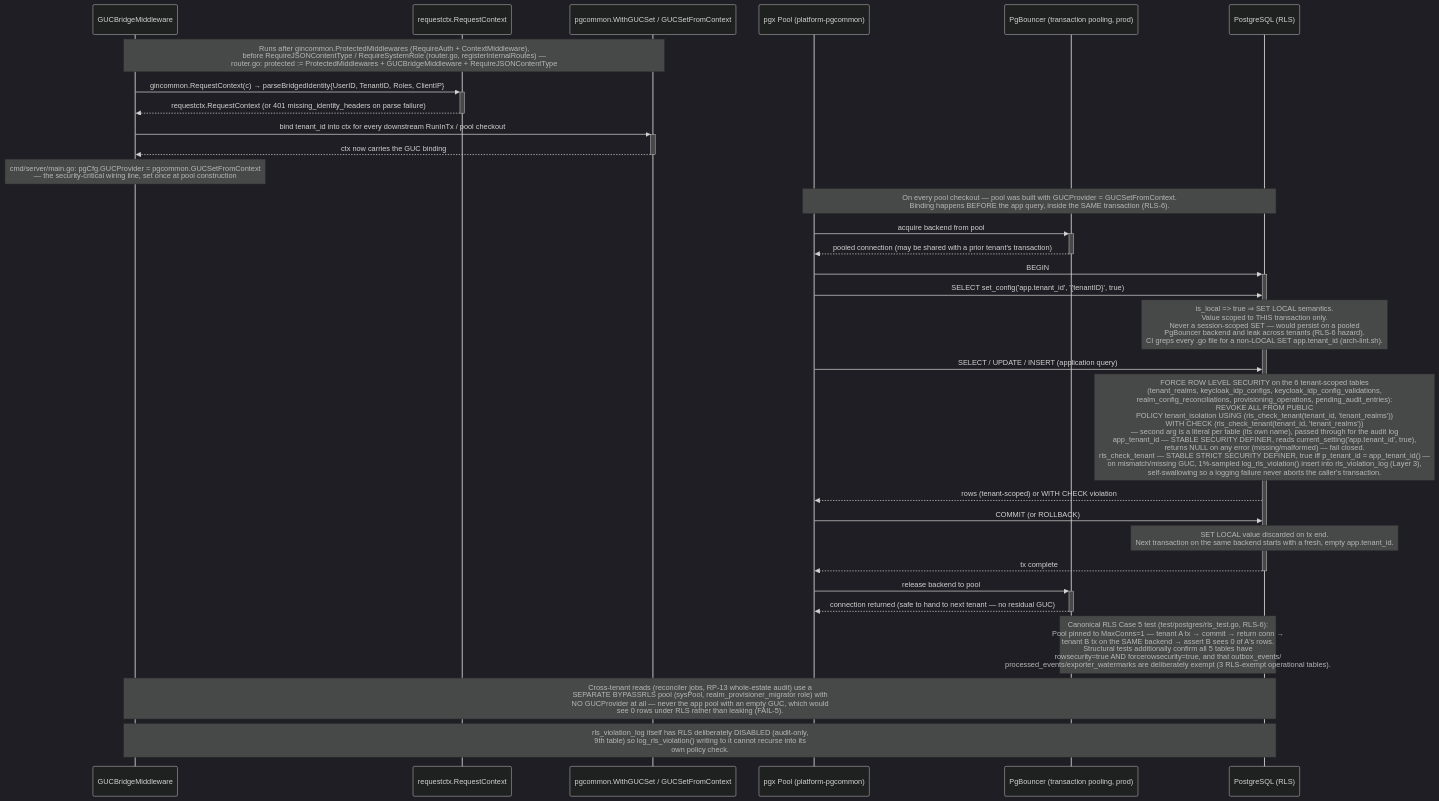
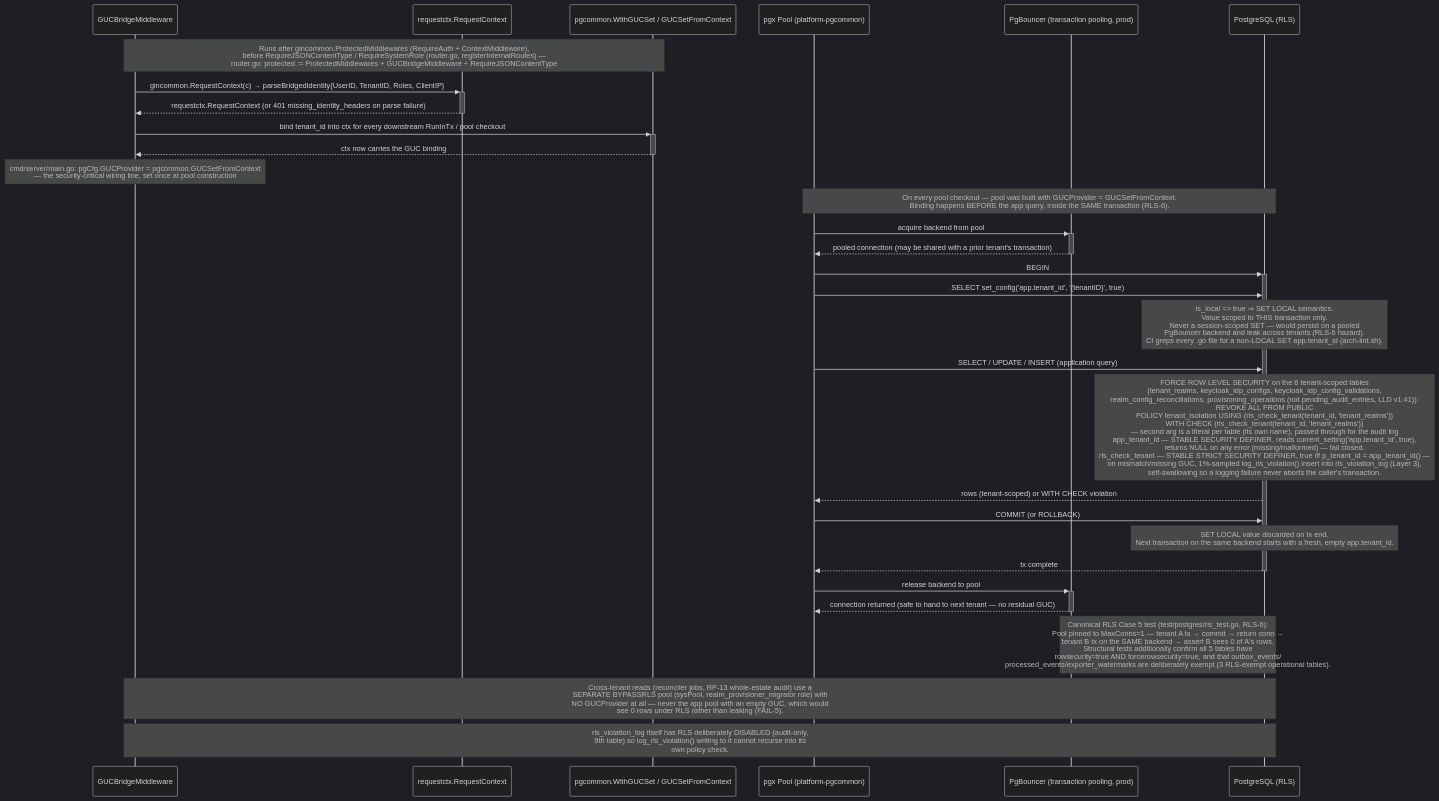
One commit to BCBP-SOLUTIONS-FZC-LLC/iam-realm-provisioner changed the ninth of 10 diagrams in ARCHITECTURE.md. Above: the diagram before and after it, drawn with Mermaid (dark theme). The commit also changed other lines of this file and 53 other files, not shown here.

````diff
--- a/ARCHITECTURE.md
+++ b/ARCHITECTURE.md
@@ -730,45 +730,45 @@
 ```mermaid
 sequenceDiagram
     participant MW as GUCBridgeMiddleware
     participant RC as requestctx.RequestContext
     participant GUC as pgcommon.WithGUCSet / GUCSetFromContext
     participant Pool as pgx Pool (platform-pgcommon)
     participant PGB as PgBouncer (transaction pooling, prod)
     participant DB as PostgreSQL (RLS)
 
     Note over MW,GUC: Runs after gincommon.ProtectedMiddlewares (RequireAuth + ContextMiddleware),<br/>before RequireJSONContentType / RequireSystemRole (router.go, registerInternalRoutes) —<br/>router.go: protected := ProtectedMiddlewares + GUCBridgeMiddleware + RequireJSONContentType
 
     MW ->>+ RC: gincommon.RequestContext(c) → parseBridgedIdentity{UserID, TenantID, Roles, ClientIP}
     RC -->>- MW: requestctx.RequestContext (or 401 missing_identity_headers on parse failure)
 
     MW ->>+ GUC: bind tenant_id into ctx for every downstream RunInTx / pool checkout
     GUC -->>- MW: ctx now carries the GUC binding
     Note over MW: cmd/server/main.go: pgCfg.GUCProvider = pgcommon.GUCSetFromContext<br/>— the security-critical wiring line, set once at pool construction
 
     Note over Pool,DB: On every pool checkout — pool was built with GUCProvider = GUCSetFromContext.<br/>Binding happens BEFORE the app query, inside the SAME transaction (RLS-6).
 
     Pool ->>+ PGB: acquire backend from pool
     PGB -->>- Pool: pooled connection (may be shared with a prior tenant's transaction)
 
     Pool ->>+ DB: BEGIN
     Pool ->> DB: SELECT set_config('app.tenant_id', '{tenantID}', true)
     Note over DB: is_local => true ⇒ SET LOCAL semantics.<br/>Value scoped to THIS transaction only.<br/>Never a session-scoped SET — would persist on a pooled<br/>PgBouncer backend and leak across tenants (RLS-6 hazard).<br/>CI greps every .go file for a non-LOCAL SET app.tenant_id (arch-lint.sh).
 
     Pool ->> DB: SELECT / UPDATE / INSERT (application query)
-    Note over DB: FORCE ROW LEVEL SECURITY on the 6 tenant-scoped tables<br/>(tenant_realms, keycloak_idp_configs, keycloak_idp_config_validations,<br/>realm_config_reconciliations, provisioning_operations, pending_audit_entries):<br/>  REVOKE ALL FROM PUBLIC<br/>  POLICY tenant_isolation USING (rls_check_tenant(tenant_id, 'tenant_realms'))<br/>                          WITH CHECK (rls_check_tenant(tenant_id, 'tenant_realms'))<br/>  — second arg is a literal per table (its own name), passed through for the audit log<br/>app_tenant_id — STABLE SECURITY DEFINER, reads current_setting('app.tenant_id', true),<br/>returns NULL on any error (missing/malformed) — fail closed.<br/>rls_check_tenant — STABLE STRICT SECURITY DEFINER, true iff p_tenant_id = app_tenant_id() —<br/>on mismatch/missing GUC, 1%-sampled log_rls_violation() insert into rls_violation_log (Layer 3),<br/>self-swallowing so a logging failure never aborts the caller's transaction.
+    Note over DB: FORCE ROW LEVEL SECURITY on the 6 tenant-scoped tables<br/>(tenant_realms, keycloak_idp_configs, keycloak_idp_config_validations,<br/>realm_config_reconciliations, provisioning_operations (not pending_audit_entries, LLD v1.41)):<br/>  REVOKE ALL FROM PUBLIC<br/>  POLICY tenant_isolation USING (rls_check_tenant(tenant_id, 'tenant_realms'))<br/>                          WITH CHECK (rls_check_tenant(tenant_id, 'tenant_realms'))<br/>  — second arg is a literal per table (its own name), passed through for the audit log<br/>app_tenant_id — STABLE SECURITY DEFINER, reads current_setting('app.tenant_id', true),<br/>returns NULL on any error (missing/malformed) — fail closed.<br/>rls_check_tenant — STABLE STRICT SECURITY DEFINER, true iff p_tenant_id = app_tenant_id() —<br/>on mismatch/missing GUC, 1%-sampled log_rls_violation() insert into rls_violation_log (Layer 3),<br/>self-swallowing so a logging failure never aborts the caller's transaction.
 
     DB -->> Pool: rows (tenant-scoped) or WITH CHECK violation
 
     Pool ->> DB: COMMIT (or ROLLBACK)
     Note over DB: SET LOCAL value discarded on tx end.<br/>Next transaction on the same backend starts with a fresh, empty app.tenant_id.
     DB -->>- Pool: tx complete
 
     Pool ->>+ PGB: release backend to pool
     PGB -->>- Pool: connection returned (safe to hand to next tenant — no residual GUC)
 
     Note over DB,PGB: Canonical RLS Case 5 test (test/postgres/rls_test.go, RLS-6):<br/>Pool pinned to MaxConns=1 — tenant A tx → commit → return conn →<br/>tenant B tx on the SAME backend → assert B sees 0 of A's rows.<br/>Structural tests additionally confirm all 5 tables have<br/>rowsecurity=true AND forcerowsecurity=true, and that outbox_events/<br/>processed_events/exporter_watermarks are deliberately exempt (3 RLS-exempt operational tables).
 
     Note over MW,DB: Cross-tenant reads (reconciler jobs, RP-13 whole-estate audit) use a<br/>SEPARATE BYPASSRLS pool (sysPool, realm_provisioner_migrator role) with<br/>NO GUCProvider at all — never the app pool with an empty GUC, which would<br/>see 0 rows under RLS rather than leaking (FAIL-5).
 
     Note over MW,DB: rls_violation_log itself has RLS deliberately DISABLED (audit-only,<br/>9th table) so log_rls_violation() writing to it cannot recurse into its<br/>own policy check.
 ```
````
